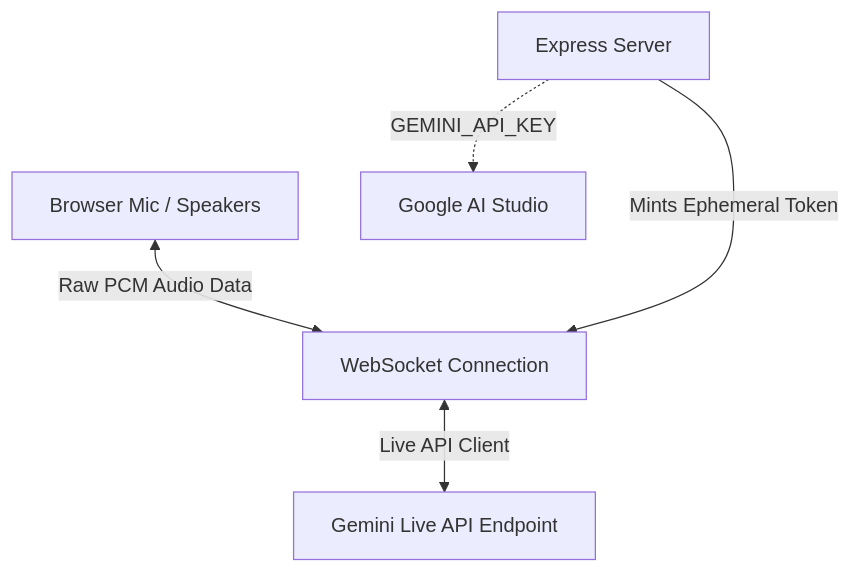
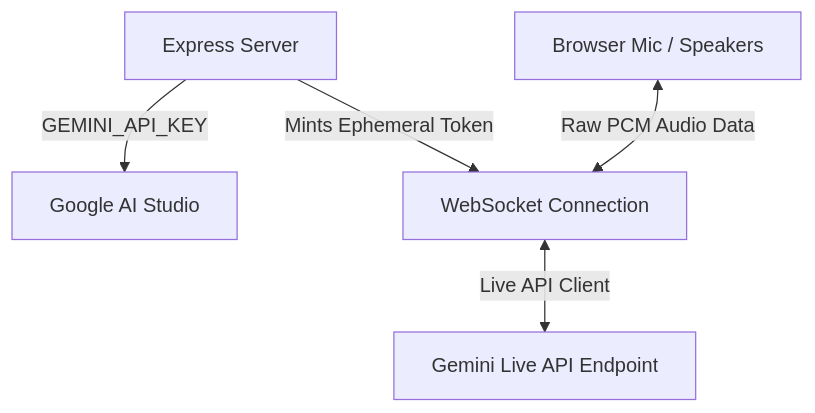
Before and after one commit to Aapocalypsez/Voice-travel-ai-agent: the diagram in README.md, drawn with Mermaid.

Commit message:
docs: update architecture diagram in README.md

````diff
--- a/README.md
+++ b/README.md
@@ -22,7 +22,7 @@
 ```mermaid
 graph TD
-    A[Browser Mic / Speakers] <-->|Raw PCM Audio Data| B[WebSocket Connection]
-    B <-->|Live API Client| C[Gemini Live API Endpoint]
-    D[Express Server] --->|Mints Ephemeral Token| B
-    D -.->|GEMINI_API_KEY| E[Google AI Studio]
+    ExpressServer[Express Server] -->|GEMINI_API_KEY| GoogleAIStudio[Google AI Studio]
+    ExpressServer -->|Mints Ephemeral Token| WebSocketConnection[WebSocket Connection]
+    BrowserMic[Browser Mic / Speakers] <-->|Raw PCM Audio Data| WebSocketConnection
+    WebSocketConnection <-->|Live API Client| GeminiLiveAPI[Gemini Live API Endpoint]
 ```
````
